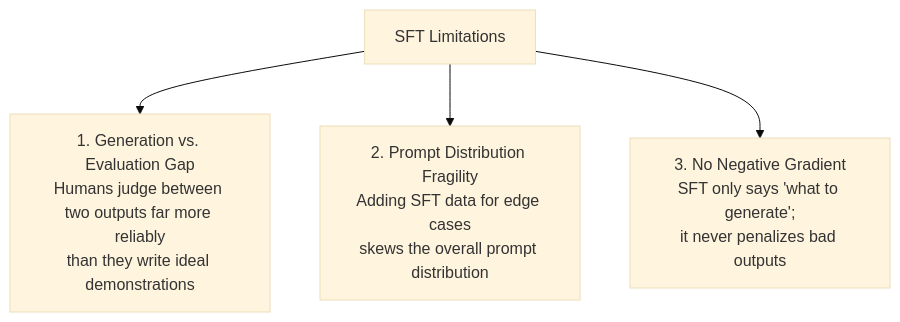
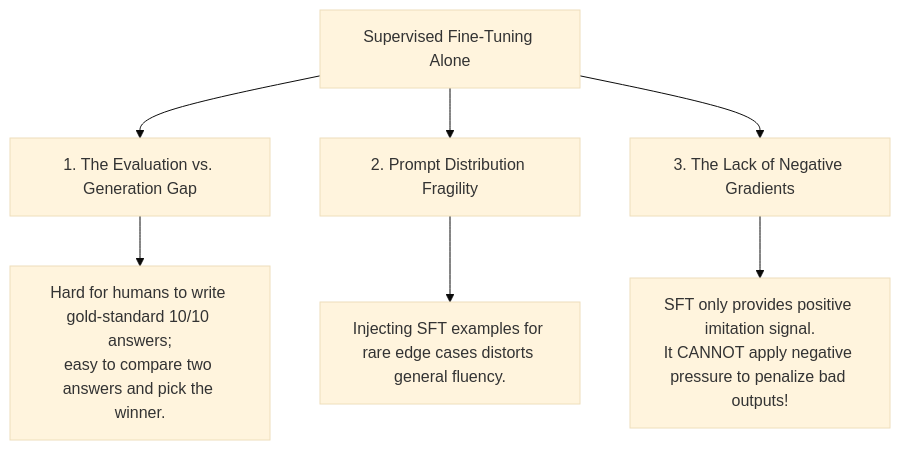
Before and after one commit to 1345AbhishekKumar/cs-cookbook: the first of 6 diagrams in content/docs/ai-agents/agentic-ai/05-alignment-rlhf-and-dpo.mdx, drawn with Mermaid (base theme). The commit also changed other lines of this file and 299 other files, not shown here.

````diff
--- a/content/docs/ai-agents/agentic-ai/05-alignment-rlhf-and-dpo.mdx
+++ b/content/docs/ai-agents/agentic-ai/05-alignment-rlhf-and-dpo.mdx
@@ -30,6 +36,10 @@
 ```mermaid
 flowchart TD
-    SFT["SFT Limitations"] --> R1["1. Generation vs. Evaluation Gap<br/>Humans judge between two outputs far more reliably<br/>than they write ideal demonstrations"]
-    SFT --> R2["2. Prompt Distribution Fragility<br/>Adding SFT data for edge cases<br/>skews the overall prompt distribution"]
-    SFT --> R3["3. No Negative Gradient<br/>SFT only says 'what to generate';<br/>it never penalizes bad outputs"]
+    SFT["Supervised Fine-Tuning Alone"] --> F1["1. The Evaluation vs. Generation Gap"]
+    SFT --> F2["2. Prompt Distribution Fragility"]
+    SFT --> F3["3. The Lack of Negative Gradients"]
+
+    F1 --> D1["Hard for humans to write gold-standard 10/10 answers;<br/>easy to compare two answers and pick the winner."]
+    F2 --> D2["Injecting SFT examples for rare edge cases distorts general fluency."]
+    F3 --> D3["SFT only provides positive imitation signal.<br/>It CANNOT apply negative pressure to penalize bad outputs!"]
 ```
````
